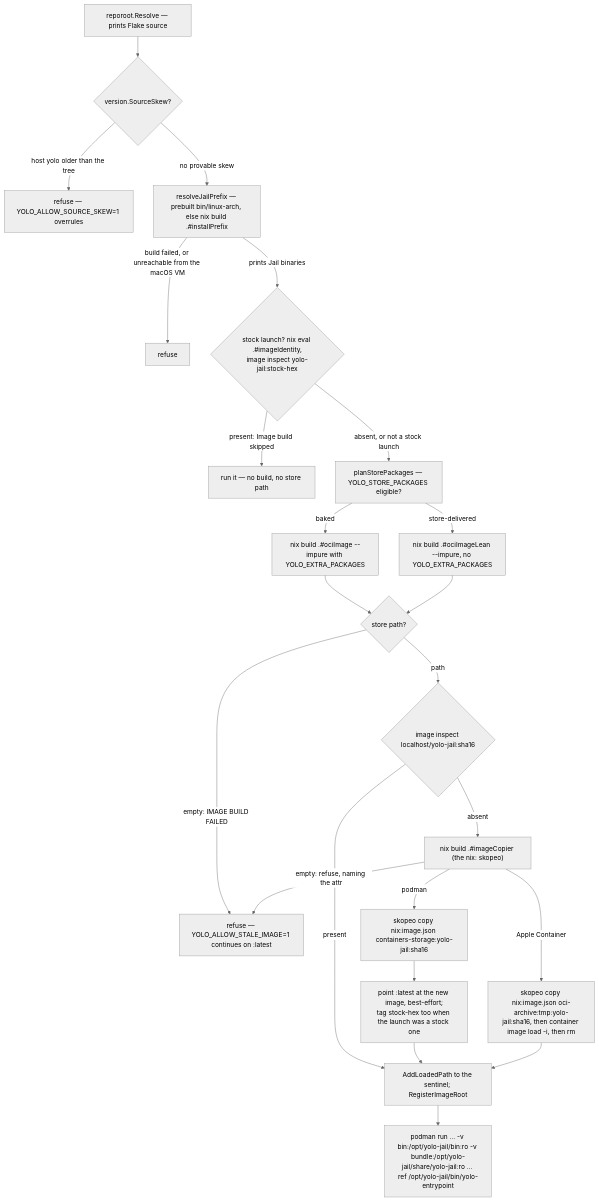
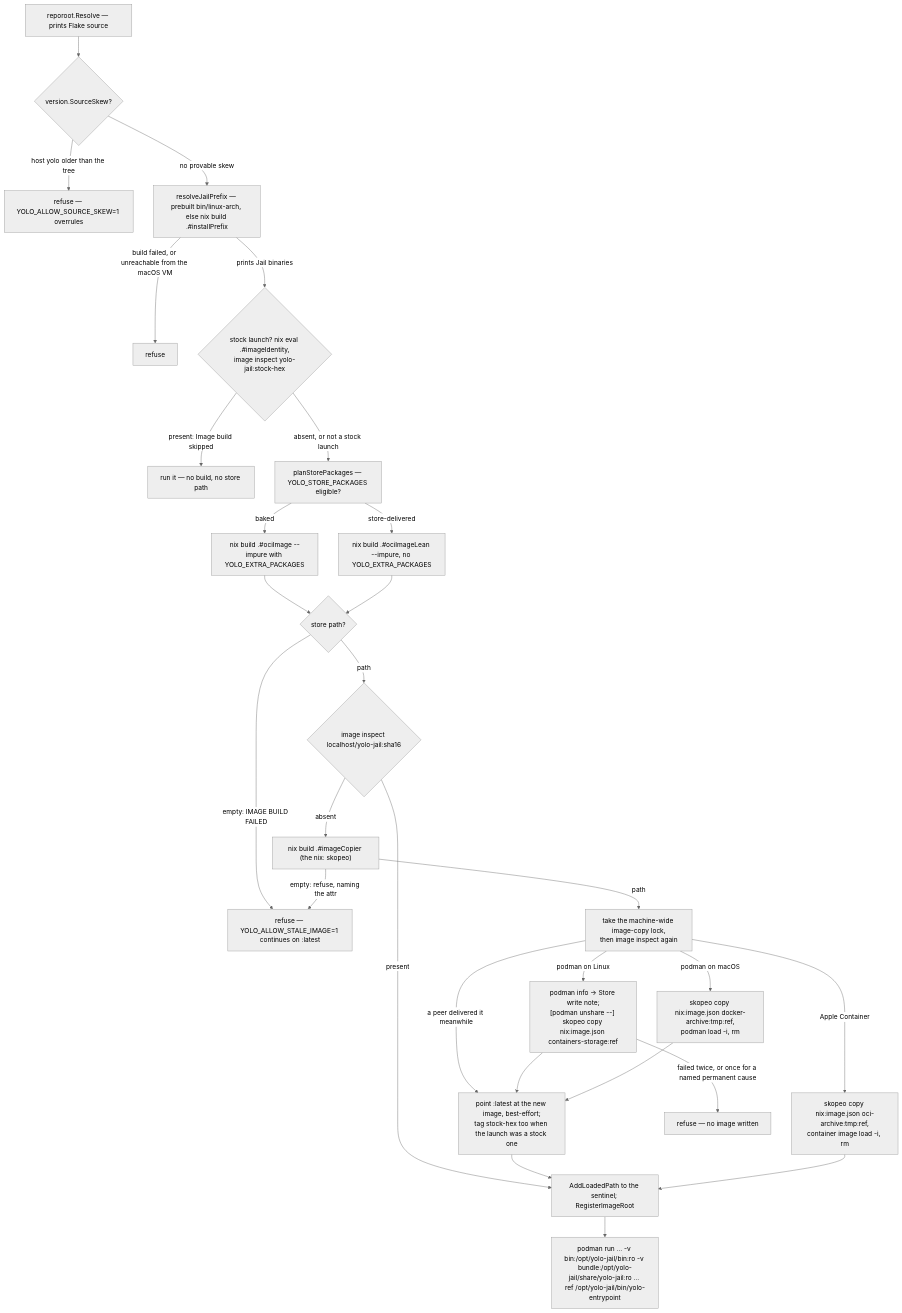
The diagram in docs/reference/image-staging-vs-baking.md (mschulkind-oss/yolo-jail), drawn with Mermaid (neutral theme) before and after one commit. The commit also changed other lines of this file and 192 other files, not shown here.

````diff
--- a/docs/reference/image-staging-vs-baking.md
+++ b/docs/reference/image-staging-vs-baking.md
@@ -371,24 +382,29 @@
 ```mermaid
 flowchart TD
     resolve["reporoot.Resolve — prints Flake source"] --> skew{"version.SourceSkew?"}
     skew -->|"host yolo older than the tree"| refuse1["refuse — YOLO_ALLOW_SOURCE_SKEW=1 overrules"]
     skew -->|"no provable skew"| prefix["resolveJailPrefix — prebuilt bin/linux-arch, else nix build .#installPrefix"]
     prefix -->|"build failed, or unreachable from the macOS VM"| refuse2["refuse"]
     prefix -->|"prints Jail binaries"| stock{"stock launch? nix eval .#imageIdentity,<br/>image inspect yolo-jail:stock-hex"}
     stock -->|"present: Image build skipped"| runstock["run it — no build, no store path"]
     stock -->|"absent, or not a stock launch"| plan["planStorePackages — YOLO_STORE_PACKAGES eligible?"]
     plan -->|"baked"| build["nix build .#ociImage --impure with YOLO_EXTRA_PACKAGES"]
     plan -->|"store-delivered"| buildLean["nix build .#ociImageLean --impure, no YOLO_EXTRA_PACKAGES"]
     build --> failed{"store path?"}
     buildLean --> failed
     failed -->|"empty: IMAGE BUILD FAILED"| fatal["refuse — YOLO_ALLOW_STALE_IMAGE=1 continues on :latest"]
     failed -->|"path"| inspect{"image inspect localhost/yolo-jail:sha16"}
     inspect -->|"present"| record["AddLoadedPath to the sentinel; RegisterImageRoot"]
     inspect -->|"absent"| copier["nix build .#imageCopier (the nix: skopeo)"]
     copier -->|"empty: refuse, naming the attr"| fatal
-    copier -->|"podman"| copy["skopeo copy nix:image.json containers-storage:yolo-jail:sha16"]
-    copier -->|"Apple Container"| copyoci["skopeo copy nix:image.json oci-archive:tmp:yolo-jail:sha16, then container image load -i, then rm"]
+    copier -->|"path"| lock["take the machine-wide image-copy lock,<br/>then image inspect again"]
+    lock -->|"a peer delivered it meanwhile"| alias
+    lock -->|"podman on Linux"| copy["podman info → Store write note;<br/>[podman unshare --] skopeo copy nix:image.json containers-storage:ref"]
+    lock -->|"Apple Container"| copyoci["skopeo copy nix:image.json oci-archive:tmp:ref,<br/>container image load -i, rm"]
+    lock -->|"podman on macOS"| copydock["skopeo copy nix:image.json docker-archive:tmp:ref,<br/>podman load -i, rm"]
+    copy -->|"failed twice, or once for a named permanent cause"| abandon["refuse — no image written"]
     copy --> alias["point :latest at the new image, best-effort;<br/>tag stock-hex too when the launch was a stock one"] --> record
+    copydock --> alias
     copyoci --> record
     record --> argv["podman run … -v bin:/opt/yolo-jail/bin:ro -v bundle:/opt/yolo-jail/share/yolo-jail:ro … ref /opt/yolo-jail/bin/yolo-entrypoint"]
 ```
````
